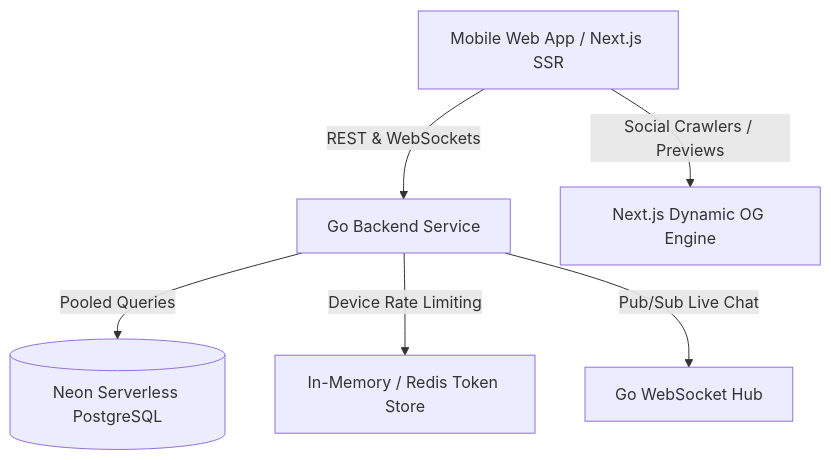
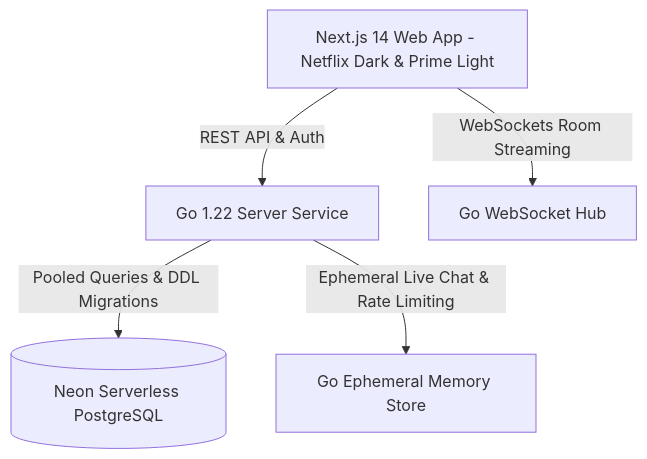
Before and after one commit to lokeshwarM/BIGBOSS: the diagram in README.md, drawn with Mermaid. The commit also changed other lines of this file and 37 other files, not shown here.

Commit message:
feat: complete production fan ecosystem with auth, ephemeral chat, persistent social opinions, moderation, and role-based admin

````diff
--- a/README.md
+++ b/README.md
@@ -37,8 +62,7 @@
 ```mermaid
 graph TD
-    Client[Mobile Web App / Next.js SSR] -->|REST & WebSockets| GoAPI[Go Backend Service]
-    Client -->|Social Crawlers / Previews| NextSSR[Next.js Dynamic OG Engine]
-    GoAPI -->|Pooled Queries| NeonDB[(Neon Serverless PostgreSQL)]
-    GoAPI -->|Device Rate Limiting| RateLimiter[In-Memory / Redis Token Store]
-    GoAPI -->|Pub/Sub Live Chat| WSHub[Go WebSocket Hub]
+    Client[Next.js 14 Web App - Netflix Dark & Prime Light] -->|REST API & Auth| GoAPI[Go 1.22 Server Service]
+    Client -->|WebSockets Room Streaming| WSHub[Go WebSocket Hub]
+    GoAPI -->|Pooled Queries & DDL Migrations| NeonDB[(Neon Serverless PostgreSQL)]
+    GoAPI -->|Ephemeral Live Chat & Rate Limiting| InMemStore[Go Ephemeral Memory Store]
 ```
````
